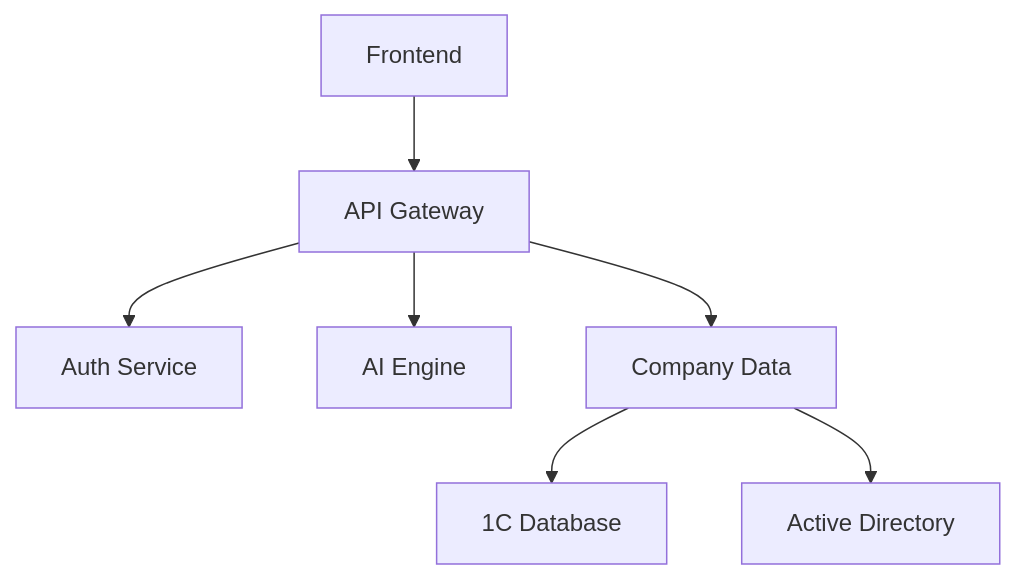
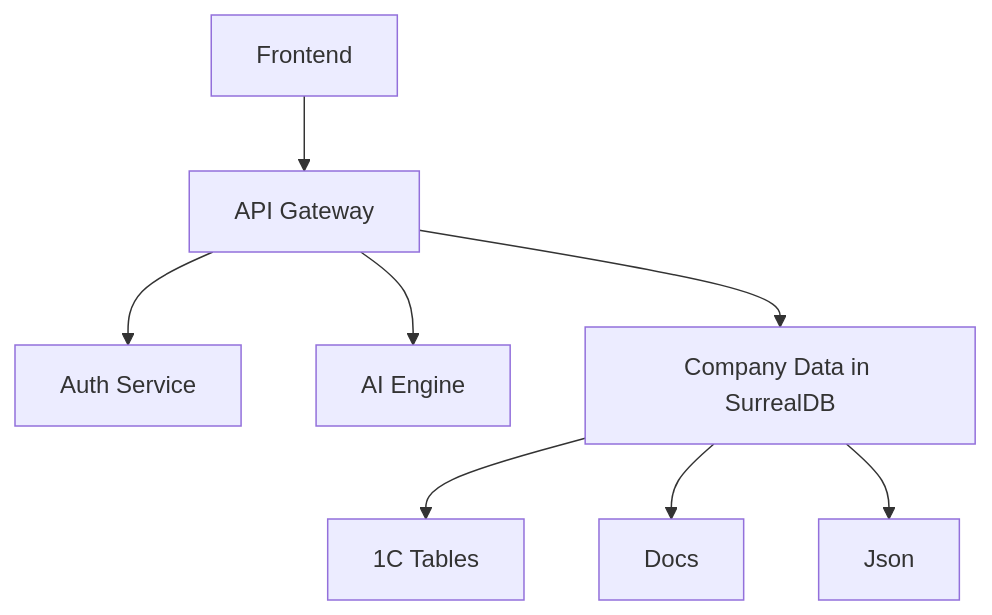
One commit to Namelomax/AIOnborder changed the first of 3 diagrams in AIOnborder/Технические требования.md. Above: the diagram before and after it, drawn with Mermaid. The commit also changed other lines of this file and 4 other files, not shown here.

````diff
--- a/AIOnborder/Технические требования.md
+++ b/AIOnborder/Технические требования.md
@@ -18,9 +16,10 @@
-```mermaid
-graph TD
-    A[Frontend] --> B[API Gateway]
-    B --> C[Auth Service]
-    B --> D[AI Engine]
-    B --> E[Company Data]
-    E --> F[1C Database]
-    E --> G[Active Directory]
-```
+```mermaid  
+graph TD  
+    A[Frontend] --> B[API Gateway]  
+    B --> C[Auth Service]  
+    B --> D[AI Engine]  
+    B --> E[Company Data in SurrealDB]  
+    E --> F[1C Tables]  
+    E --> G[Docs]  
+    E --> H[Json]  
+```  
````
